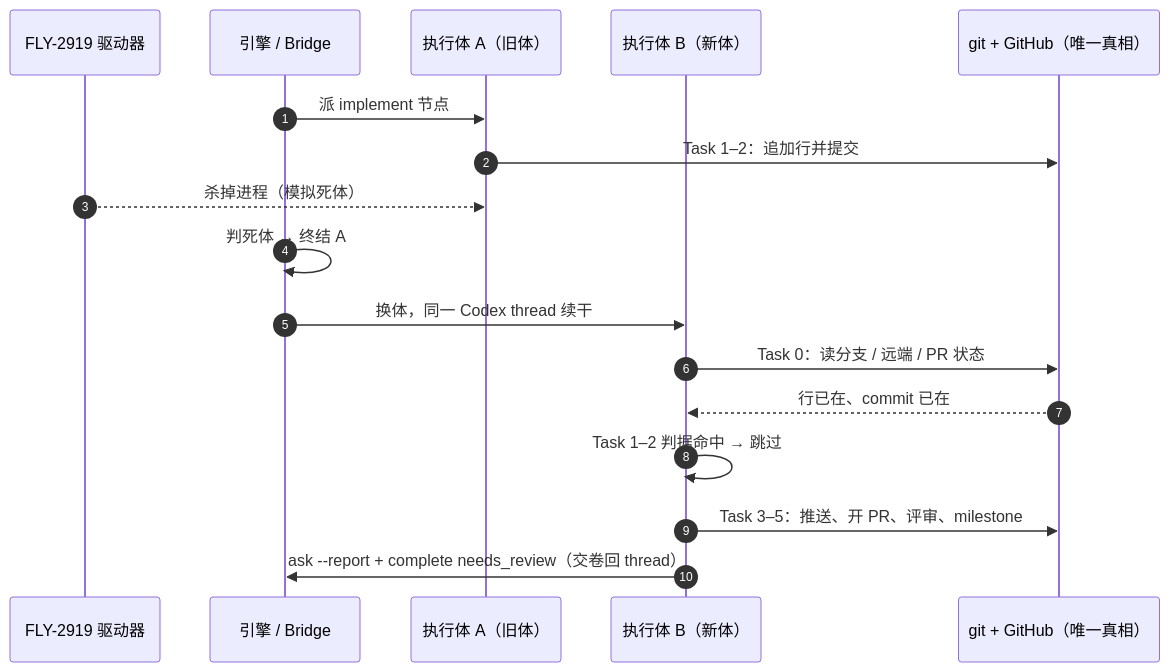
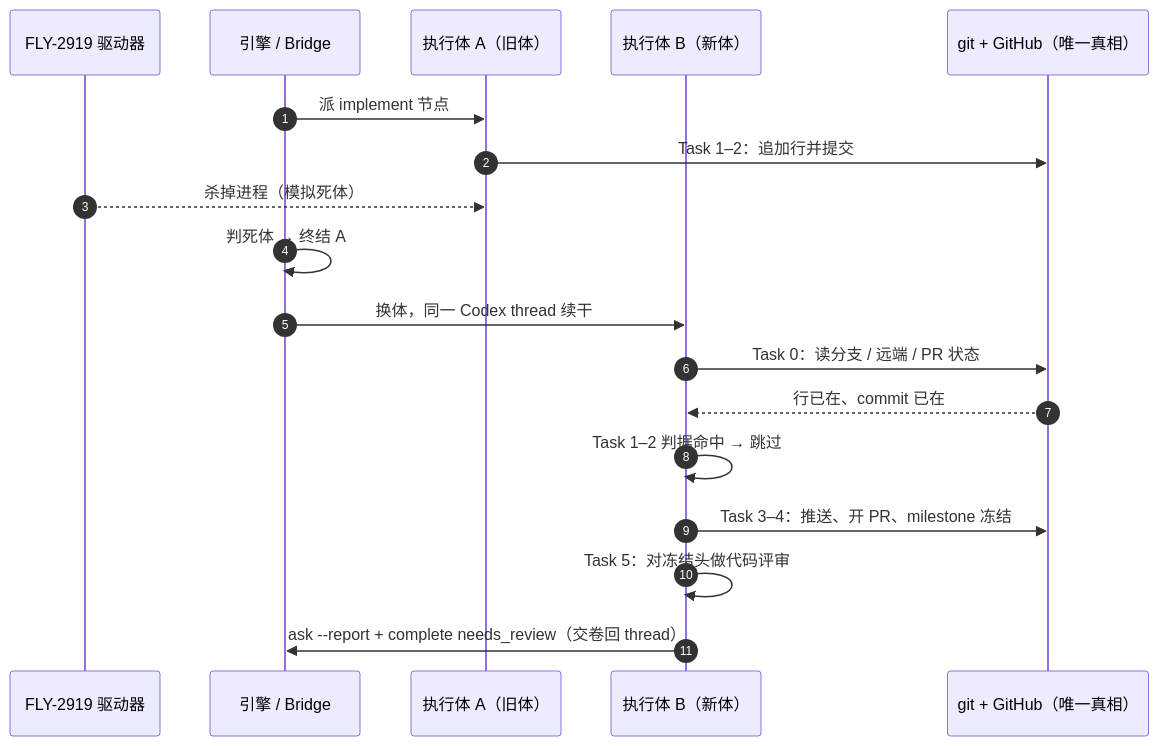
The diagram in engineering/doc/FLY-3030-n-to-n-codex-probe/diagrams/d2-replace.mmd (xrliAnnie/flywheel-qa-sandbox), drawn with Mermaid before and after one commit. The commit also changed 6 other files, not shown here.

```diff
--- a/engineering/doc/FLY-3030-n-to-n-codex-probe/diagrams/d2-replace.mmd
+++ b/engineering/doc/FLY-3030-n-to-n-codex-probe/diagrams/d2-replace.mmd
@@ -1,17 +1,18 @@
 sequenceDiagram
     autonumber
     participant D as FLY-2919 驱动器
     participant E as 引擎 / Bridge
     participant A as 执行体 A（旧体）
     participant B as 执行体 B（新体）
     participant G as git + GitHub（唯一真相）
     E->>A: 派 implement 节点
     A->>G: Task 1–2：追加行并提交
     D-->>A: 杀掉进程（模拟死体）
     E->>E: 判死体 → 终结 A
     E->>B: 换体，同一 Codex thread 续干
     B->>G: Task 0：读分支 / 远端 / PR 状态
     G-->>B: 行已在、commit 已在
     B->>B: Task 1–2 判据命中 → 跳过
-    B->>G: Task 3–5：推送、开 PR、评审、milestone
+    B->>G: Task 3–4：推送、开 PR、milestone 冻结
+    B->>B: Task 5：对冻结头做代码评审
     B->>E: ask --report + complete needs_review（交卷回 thread）
```
